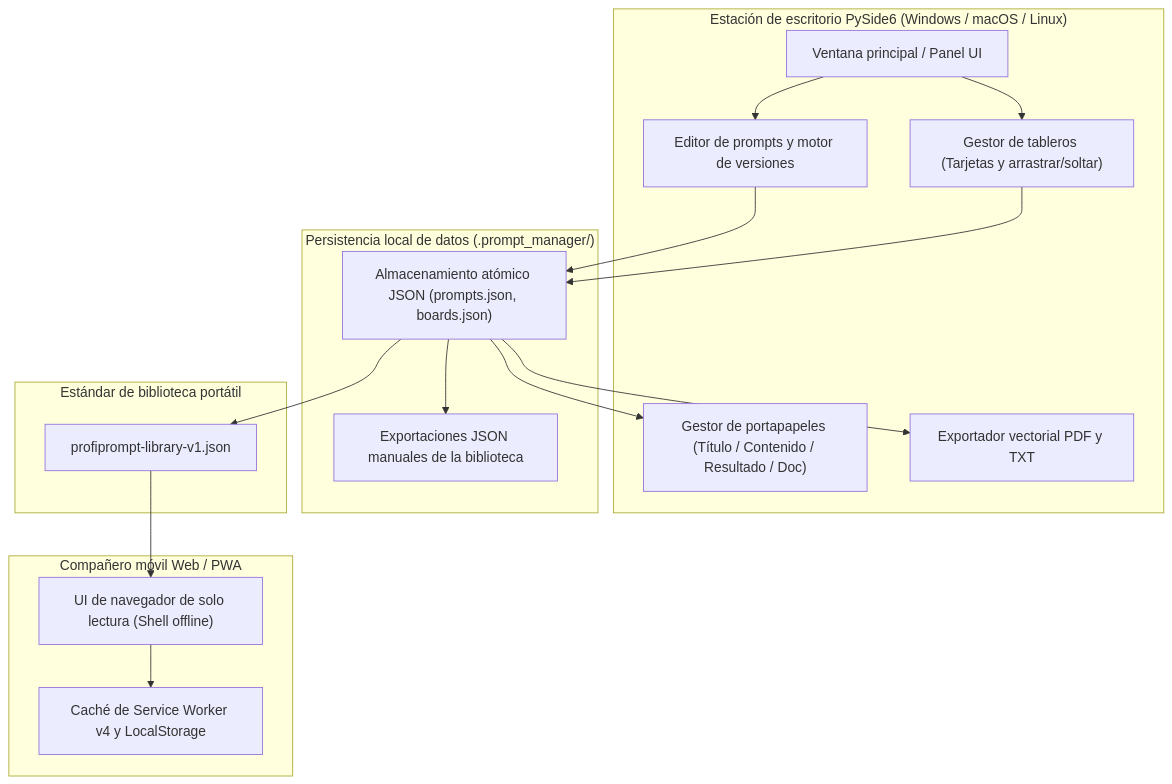
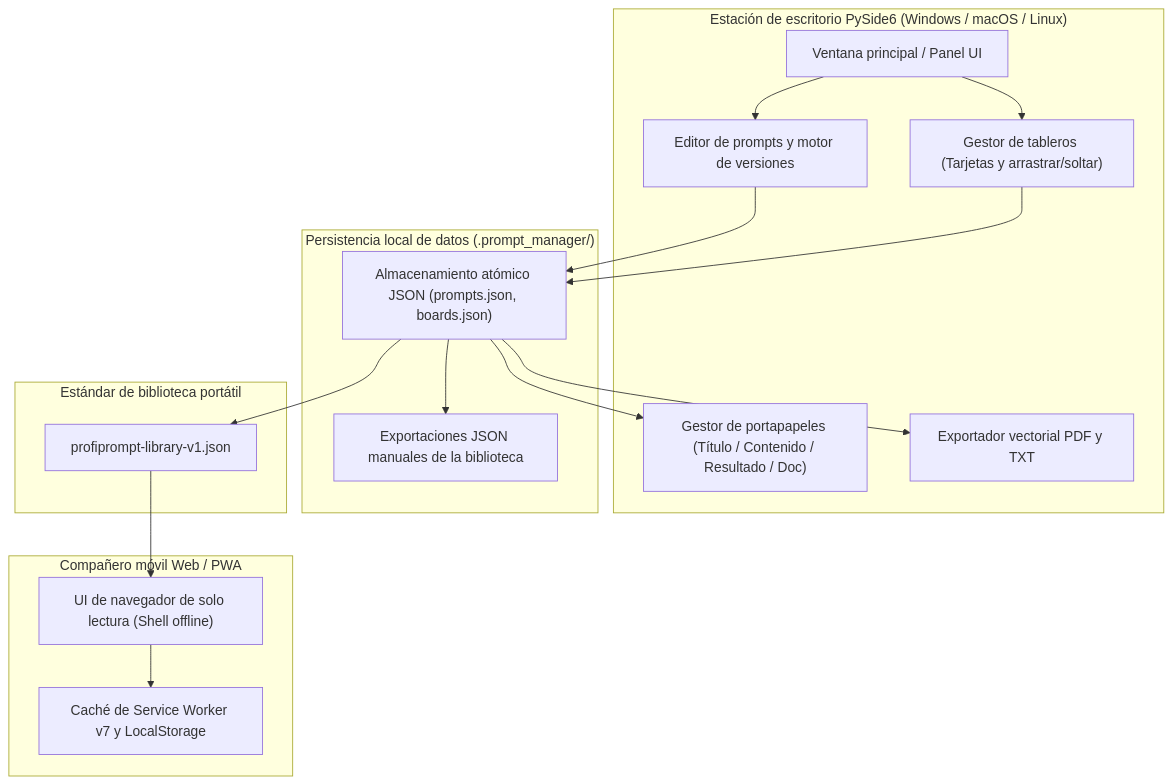
One commit to file-bricks/ProfiPrompt changed the first of 2 diagrams in README_es.md. Above: the diagram before and after it, drawn with Mermaid. The commit also changed other lines of this file and 35 other files, not shown here.

````diff
--- a/README_es.md
+++ b/README_es.md
@@ -182,35 +186,35 @@
 ```mermaid
 flowchart TD
     subgraph DesktopApp["Estación de escritorio PySide6 (Windows / macOS / Linux)"]
         UI["Ventana principal / Panel UI"]
         BM["Gestor de tableros (Tarjetas y arrastrar/soltar)"]
         PM["Editor de prompts y motor de versiones"]
         CM["Gestor de portapapeles (Título / Contenido / Resultado / Doc)"]
         EX["Exportador vectorial PDF y TXT"]
     end
 
     subgraph Storage["Persistencia local de datos (.prompt_manager/)"]
         JSONStore["Almacenamiento atómico JSON (prompts.json, boards.json)"]
         BackupStore["Exportaciones JSON manuales de la biblioteca"]
     end
 
     subgraph ExportFormat["Estándar de biblioteca portátil"]
         LibJSON["profiprompt-library-v1.json"]
     end
 
     subgraph Companion["Compañero móvil Web / PWA"]
         PWA["UI de navegador de solo lectura (Shell offline)"]
-        LocalCache["Caché de Service Worker v4 y LocalStorage"]
+        LocalCache["Caché de Service Worker v7 y LocalStorage"]
     end
 
     UI --> PM
     UI --> BM
     PM --> JSONStore
     BM --> JSONStore
     JSONStore --> BackupStore
     JSONStore --> CM
     JSONStore --> EX
     JSONStore --> LibJSON
     LibJSON --> PWA
     PWA --> LocalCache
 ```
````
